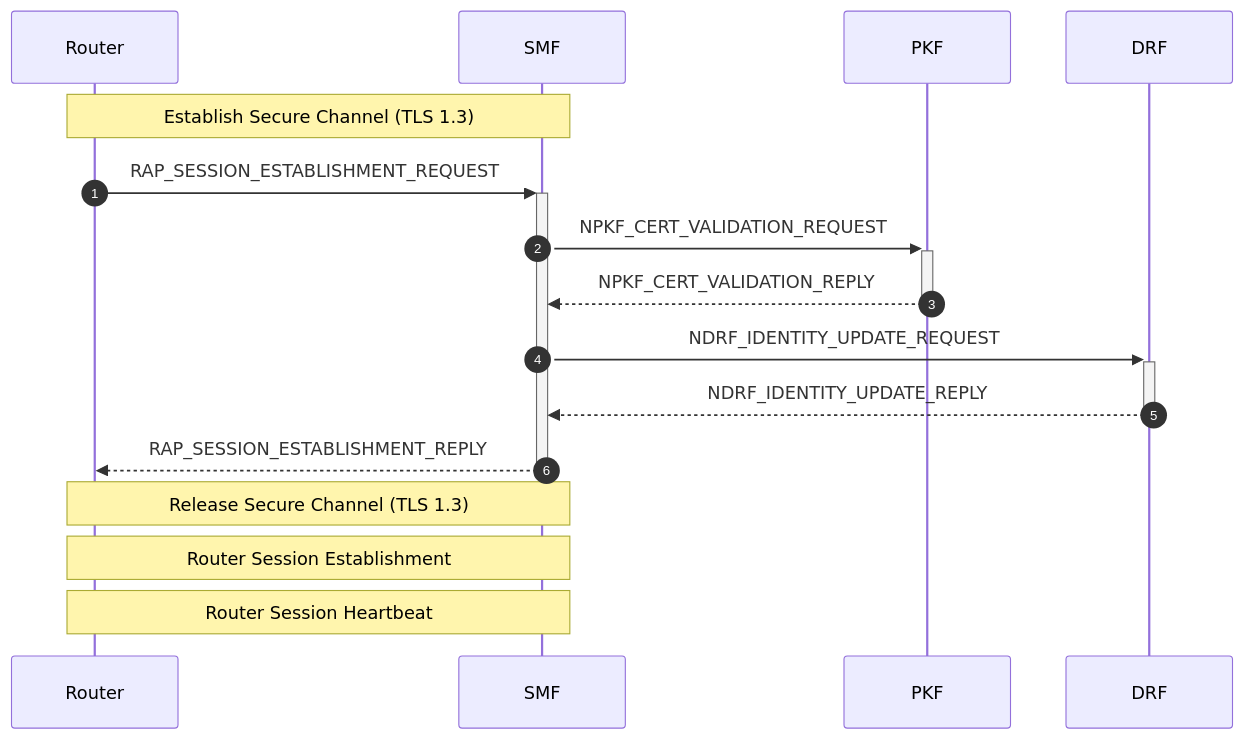
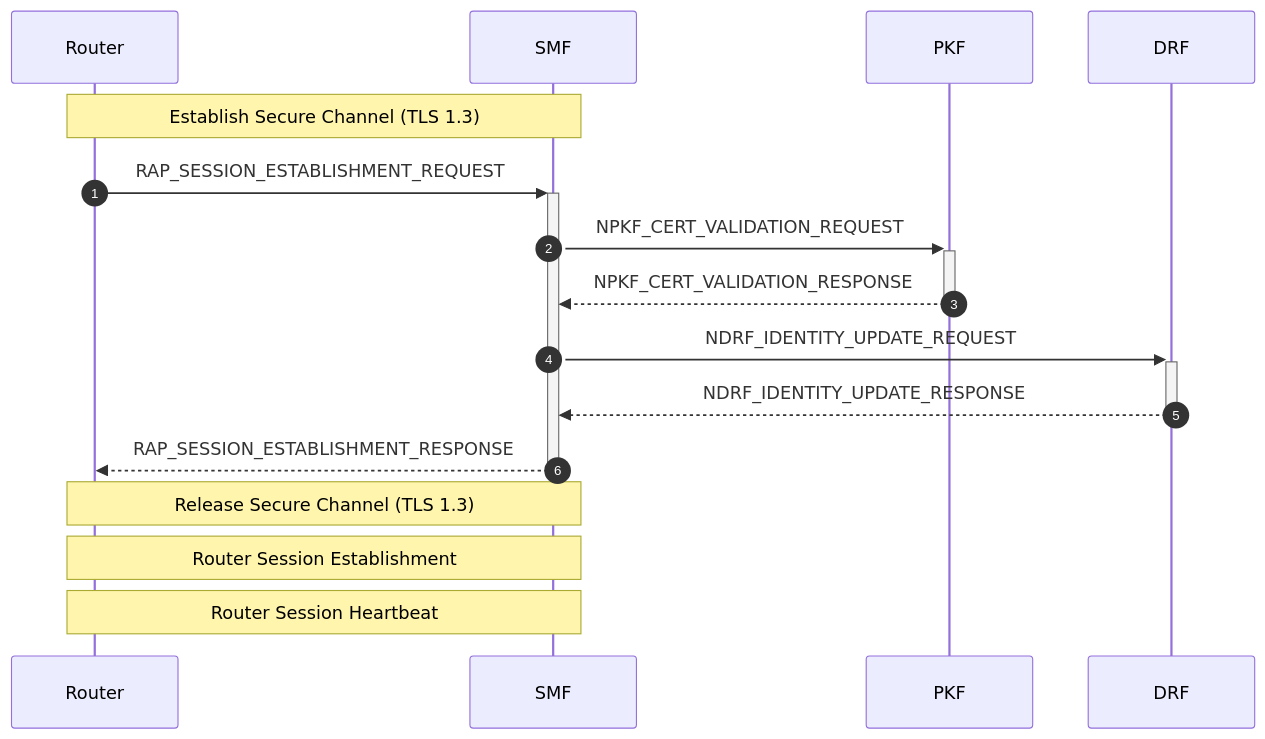
Before and after one commit to veil-link/veilink: the ninth of 21 diagrams in doc/doc-spec/00-series-general/00.002-procedure.md, drawn with Mermaid. The commit also changed other lines of this file, not shown here.

Commit message:
chore: update reply to response

````diff
--- a/doc/doc-spec/00-series-general/00.002-procedure.md
+++ b/doc/doc-spec/00-series-general/00.002-procedure.md
@@ -203,20 +203,20 @@
 ```mermaid
 sequenceDiagram
     autonumber
 
     participant rt as Router
     participant smf as SMF
     participant pkf as PKF
     participant drf as DRF
 
     Note over rt, smf: Establish Secure Channel (TLS 1.3)
     rt ->>+ smf: RAP_SESSION_ESTABLISHMENT_REQUEST
     smf ->>+ pkf: NPKF_CERT_VALIDATION_REQUEST
-    pkf -->>- smf: NPKF_CERT_VALIDATION_REPLY
+    pkf -->>- smf: NPKF_CERT_VALIDATION_RESPONSE
     smf ->>+ drf: NDRF_IDENTITY_UPDATE_REQUEST
-    drf -->>- smf: NDRF_IDENTITY_UPDATE_REPLY
-    smf -->>- rt: RAP_SESSION_ESTABLISHMENT_REPLY
+    drf -->>- smf: NDRF_IDENTITY_UPDATE_RESPONSE
+    smf -->>- rt: RAP_SESSION_ESTABLISHMENT_RESPONSE
     Note over rt, smf: Release Secure Channel (TLS 1.3)
     Note over rt, smf: Router Session Establishment
     Note over rt, smf: Router Session Heartbeat
 ```
````
